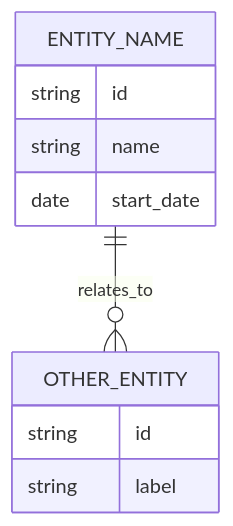
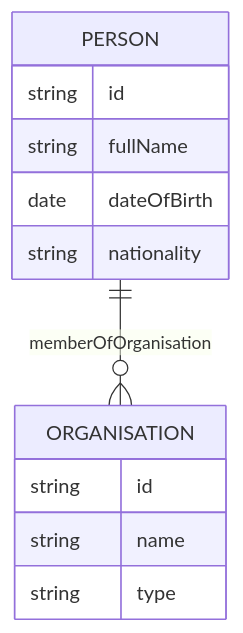
The diagram in README.md (CiaranMcAleer/SintOlogy), drawn with Mermaid before and after one commit. The commit also changed other lines of this file, not shown here.

````diff
--- a/README.md
+++ b/README.md
@@ -25,15 +53,17 @@
 ```mermaid
 erDiagram
-  ENTITY_NAME {
+  PERSON {
+    string id
+    string fullName
+    date dateOfBirth
+    string nationality
+  }
+
+  ORGANISATION {
     string id
     string name
-    date   start_date
+    string type
   }
 
-  OTHER_ENTITY {
-    string id
-    string label
-  }
-
-  ENTITY_NAME ||--o{ OTHER_ENTITY : relates_to
+  PERSON ||--o{ ORGANISATION : memberOfOrganisation
 ```
````
